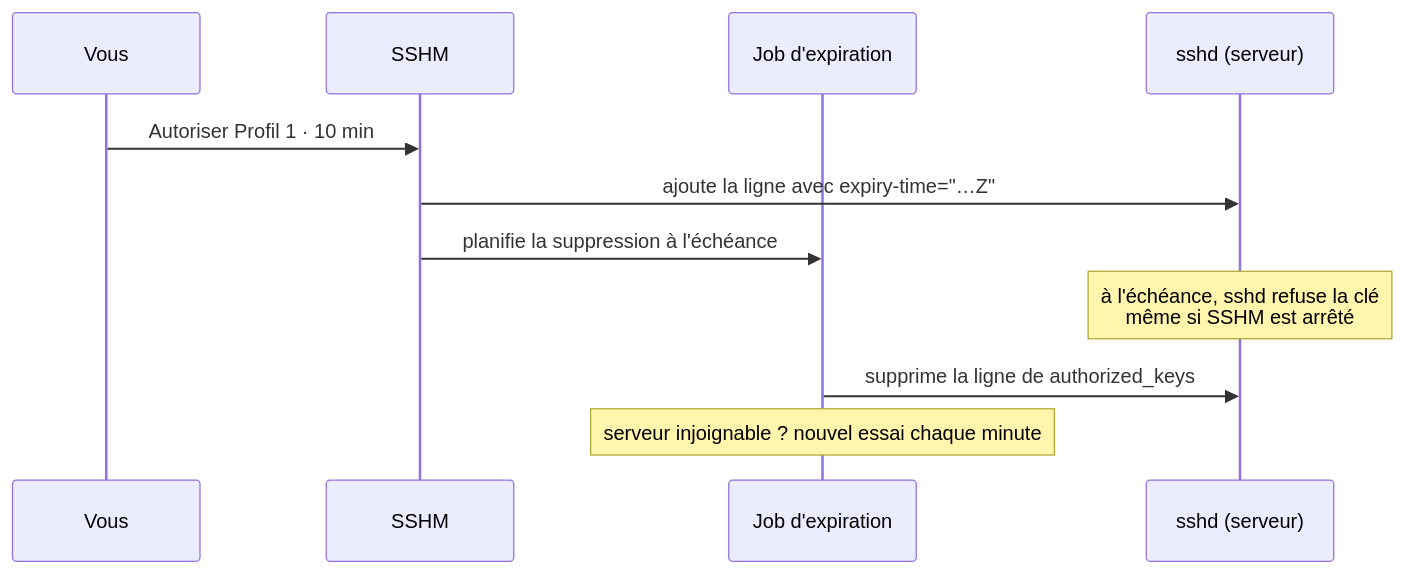
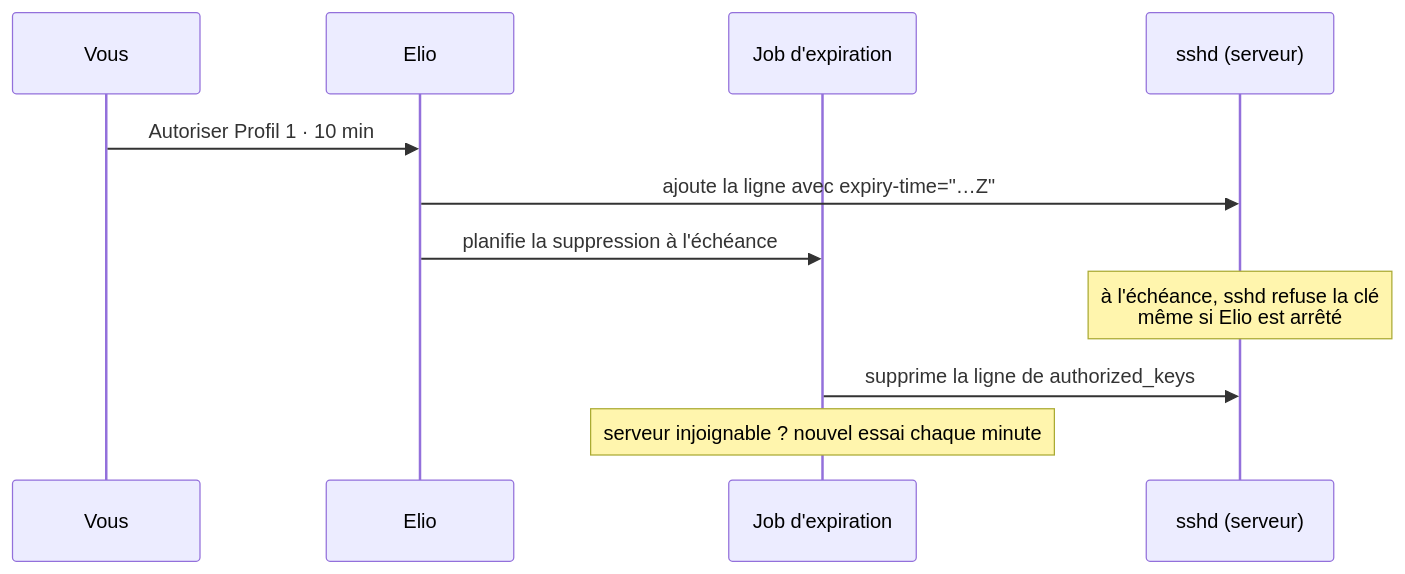
The first of 2 diagrams in README.md (YanisDahmane/sshm), drawn with Mermaid before and after one commit. The commit also changed other lines of this file and 99 other files, not shown here.

````diff
--- a/README.md
+++ b/README.md
@@ -273,13 +273,13 @@
 ```mermaid
 sequenceDiagram
     participant U as Vous
-    participant S as SSHM
+    participant S as Elio
     participant J as Job d'expiration
     participant D as sshd (serveur)
     U->>S: Autoriser Profil 1 · 10 min
     S->>D: ajoute la ligne avec expiry-time="…Z"
     S->>J: planifie la suppression à l'échéance
-    Note over D: à l'échéance, sshd refuse la clé<br/>même si SSHM est arrêté
+    Note over D: à l'échéance, sshd refuse la clé<br/>même si Elio est arrêté
     J->>D: supprime la ligne de authorized_keys
     Note over J: serveur injoignable ? nouvel essai chaque minute
 ```
````
